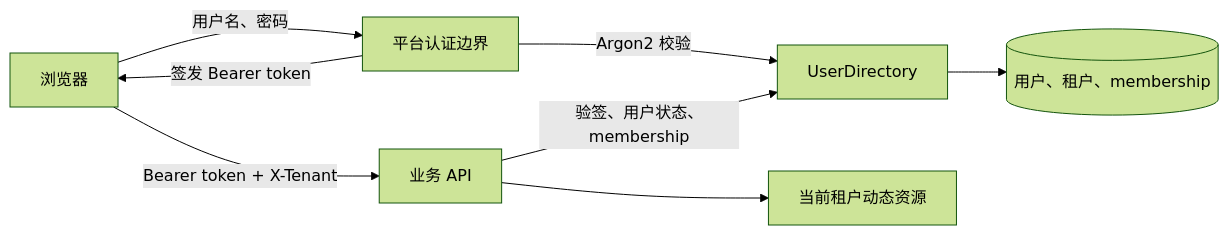
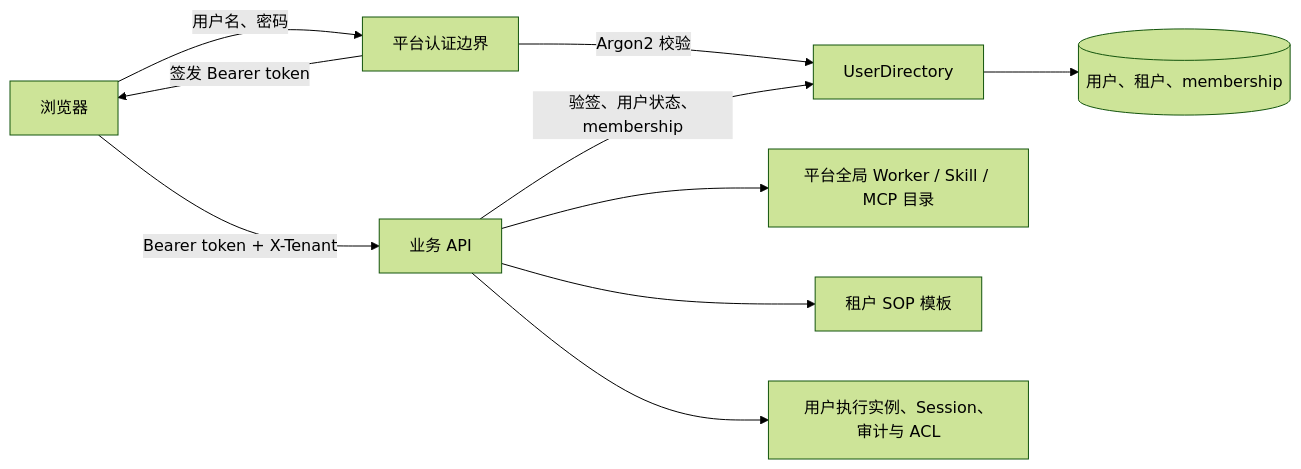
The diagram in docs/08_用户认证与隔离.md (thisisfangsheng/UniversalContract), drawn with Mermaid (forest theme) before and after one commit. The commit also changed other lines of this file and 19 other files, not shown here.

Commit message:
feat: add tenant SOP templates and execution sharing

````diff
--- a/docs/08_用户认证与隔离.md
+++ b/docs/08_用户认证与隔离.md
@@ -8,10 +8,12 @@
 ```mermaid
 flowchart LR
     Browser[浏览器] -->|用户名、密码| Auth[平台认证边界]
     Auth -->|Argon2 校验| Directory[UserDirectory]
     Directory --> Database[(用户、租户、membership)]
     Auth -->|签发 Bearer token| Browser
     Browser -->|Bearer token + X-Tenant| Api[业务 API]
     Api -->|验签、用户状态、membership| Directory
-    Api --> Resources[当前租户动态资源]
+   Api --> Catalog[平台全局 Worker / Skill / MCP 目录]
+   Api --> Templates[租户 SOP 模板]
+   Api --> State[用户执行实例、Session、审计与 ACL]
 ```
````
